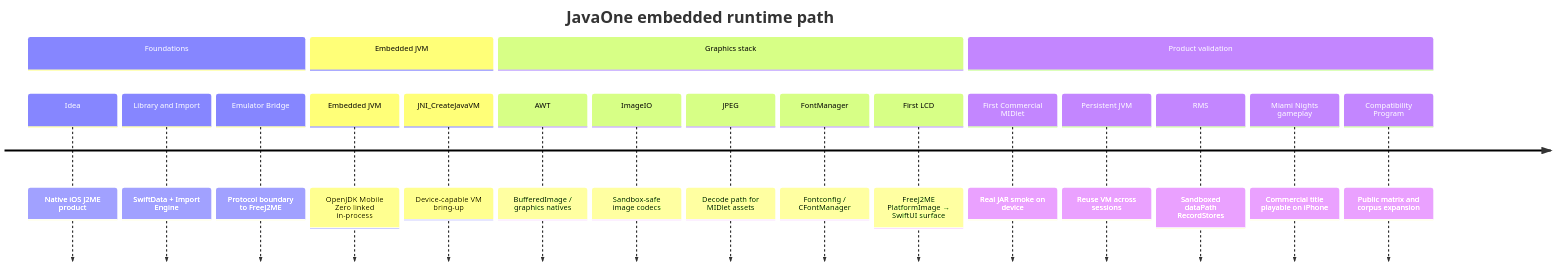
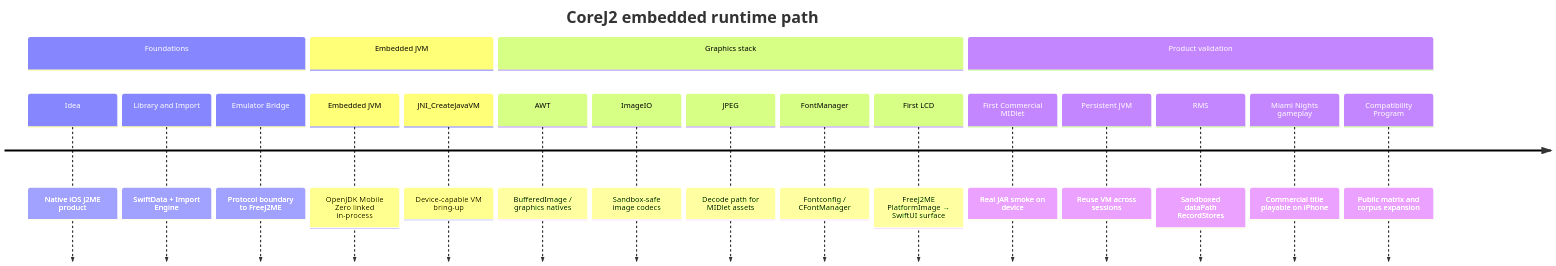
One commit to flakito-loko/CoreJ2 changed the diagram in docs/milestones.md. Above: the diagram before and after it, drawn with Mermaid. The commit also changed 71 other files, not shown here.

Commit message:
brand: rename JavaOne to CoreJ2

````diff
--- a/docs/milestones.md
+++ b/docs/milestones.md
@@ -5,23 +5,23 @@
 ```mermaid
 timeline
-    title JavaOne embedded runtime path
+    title CoreJ2 embedded runtime path
     section Foundations
         Idea : Native iOS J2ME product
         Library and Import : SwiftData + Import Engine
         Emulator Bridge : Protocol boundary to FreeJ2ME
     section Embedded JVM
         Embedded JVM : OpenJDK Mobile Zero linked in-process
         JNI_CreateJavaVM : Device-capable VM bring-up
     section Graphics stack
         AWT : BufferedImage / graphics natives
         ImageIO : Sandbox-safe image codecs
         JPEG : Decode path for MIDlet assets
         FontManager : Fontconfig / CFontManager
         First LCD : FreeJ2ME PlatformImage → SwiftUI surface
     section Product validation
         First Commercial MIDlet : Real JAR smoke on device
         Persistent JVM : Reuse VM across sessions
         RMS : Sandboxed dataPath RecordStores
         Miami Nights gameplay : Commercial title playable on iPhone
         Compatibility Program : Public matrix and corpus expansion
 ```
````
